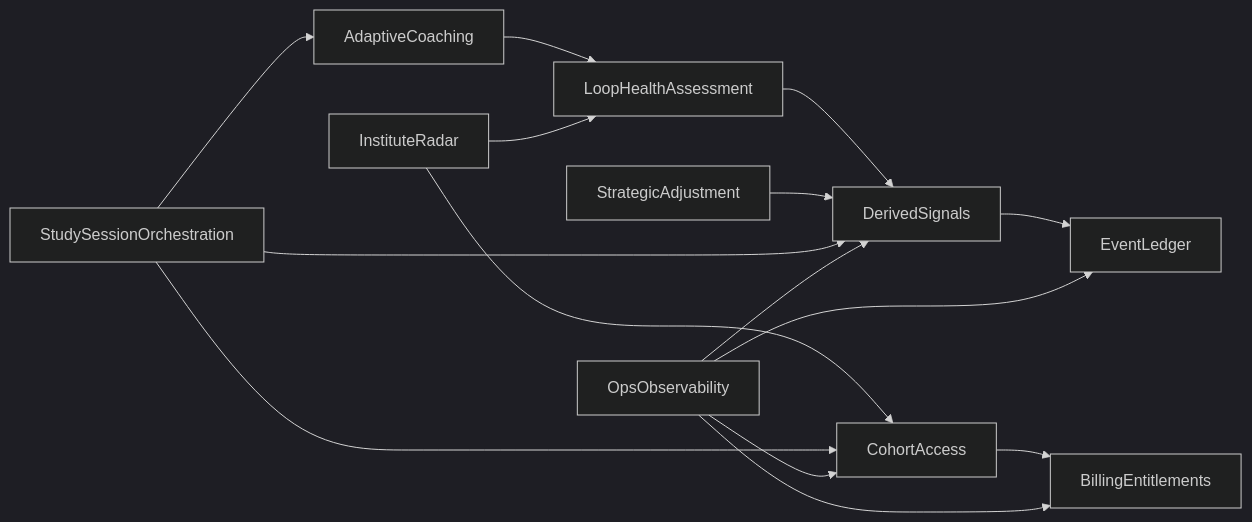
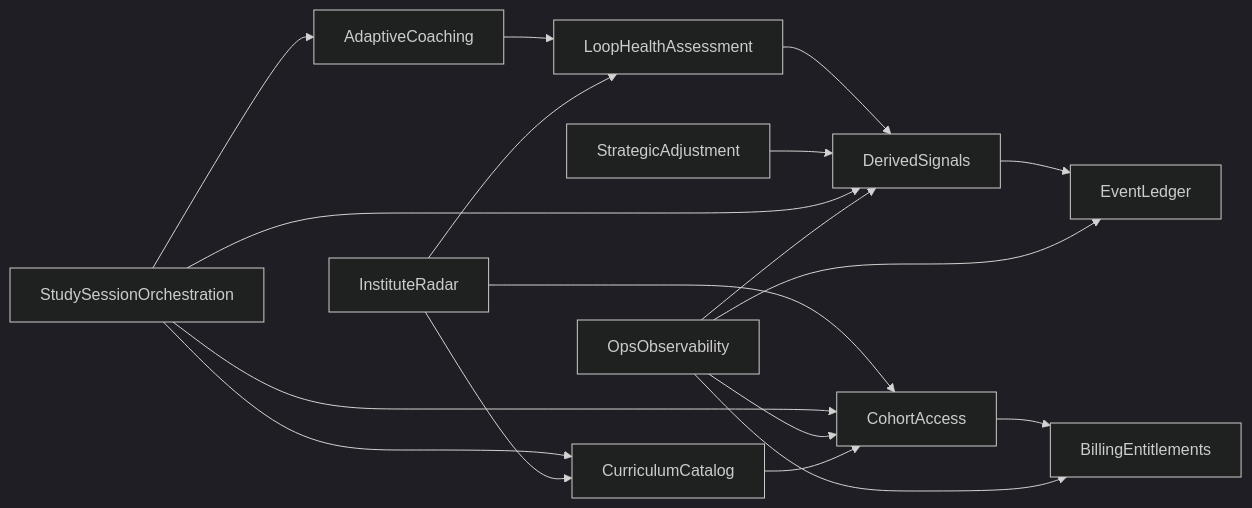
Before and after one commit to Mukul1312/ELI: the diagram in docs/engineering-ddd-design/02-subdomains.md, drawn with Mermaid (dark theme). The commit also changed other lines of this file and 47 other files, not shown here.

````diff
--- a/docs/engineering-ddd-design/02-subdomains.md
+++ b/docs/engineering-ddd-design/02-subdomains.md
@@ -230,17 +250,20 @@
 ```mermaid
 flowchart LR
   AdaptiveCoaching --> LoopHealthAssessment
   LoopHealthAssessment --> DerivedSignals
   DerivedSignals --> EventLedger
   StrategicAdjustment --> DerivedSignals
   InstituteRadar --> LoopHealthAssessment
   InstituteRadar --> CohortAccess
   StudySessionOrchestration --> AdaptiveCoaching
   StudySessionOrchestration --> DerivedSignals
   StudySessionOrchestration --> CohortAccess
   OpsObservability --> CohortAccess
   OpsObservability --> EventLedger
   OpsObservability --> DerivedSignals
   CohortAccess --> BillingEntitlements
   OpsObservability --> BillingEntitlements
+  CurriculumCatalog --> CohortAccess
+  StudySessionOrchestration --> CurriculumCatalog
+  InstituteRadar --> CurriculumCatalog
 ```
````
